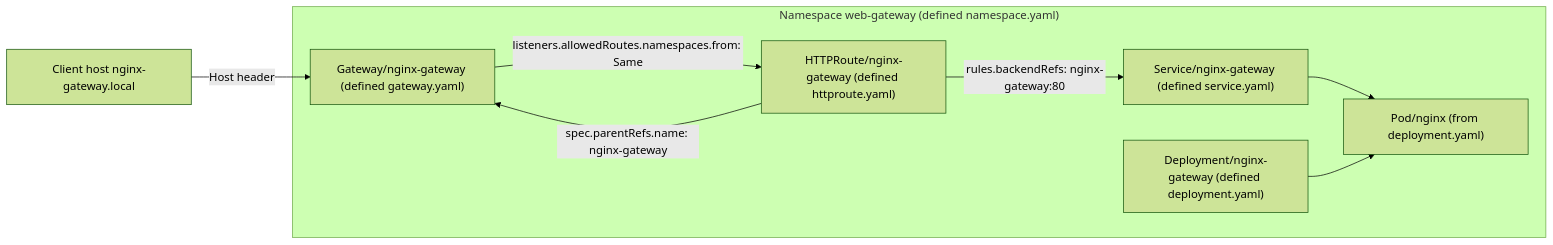
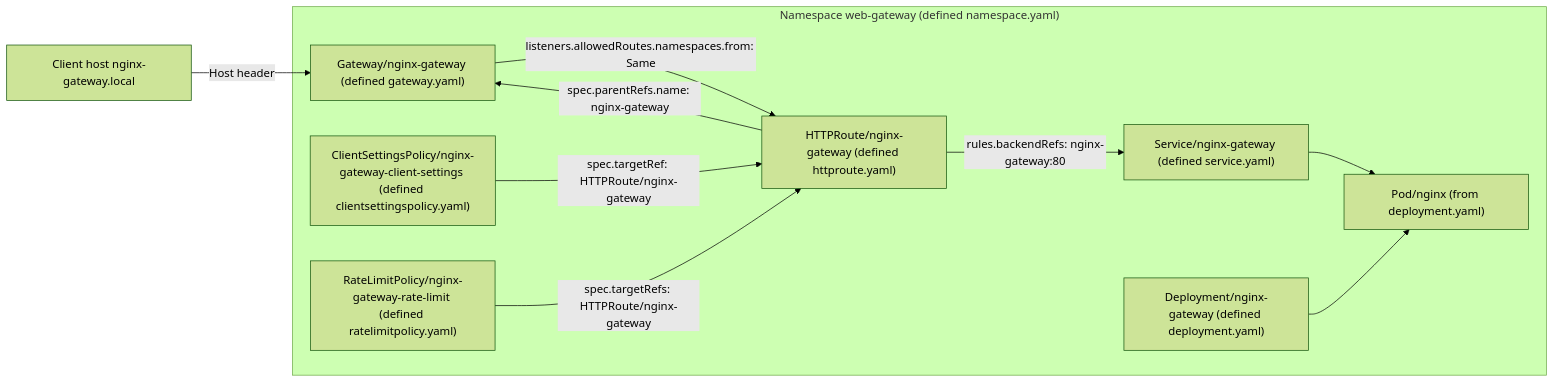
Before and after one commit to sikeda107/k8s-argocd-sample: the diagram in apps/nginx-gateway/base/resource-relationship.mmd, drawn with Mermaid (forest theme). The commit also changed 1 other file, not shown here.

Commit message:
Update Gateway API and NGINX Gateway Fabric versions; enhance resource relationship diagram with policy details

```diff
--- a/apps/nginx-gateway/base/resource-relationship.mmd
+++ b/apps/nginx-gateway/base/resource-relationship.mmd
@@ -1,17 +1,21 @@
 flowchart LR;
 CLIENT["Client host nginx-gateway.local"];
 
 subgraph NS["Namespace web-gateway (defined namespace.yaml)"];
   GW["Gateway/nginx-gateway (defined gateway.yaml)"];
   ROUTE["HTTPRoute/nginx-gateway (defined httproute.yaml)"];
+  CSP["ClientSettingsPolicy/nginx-gateway-client-settings (defined clientsettingspolicy.yaml)"];
+  RLP["RateLimitPolicy/nginx-gateway-rate-limit (defined ratelimitpolicy.yaml)"];
   SVC["Service/nginx-gateway (defined service.yaml)"];
   DEP["Deployment/nginx-gateway (defined deployment.yaml)"];
   POD["Pod/nginx (from deployment.yaml)"];
 end;
 
 CLIENT -->|Host header| GW;
 ROUTE -->|spec.parentRefs.name: nginx-gateway| GW;
 GW -->|listeners.allowedRoutes.namespaces.from: Same| ROUTE;
+CSP -->|spec.targetRef: HTTPRoute/nginx-gateway| ROUTE;
+RLP -->|spec.targetRefs: HTTPRoute/nginx-gateway| ROUTE;
 ROUTE -->|rules.backendRefs: nginx-gateway:80| SVC;
 SVC --> POD;
 DEP --> POD;
```
